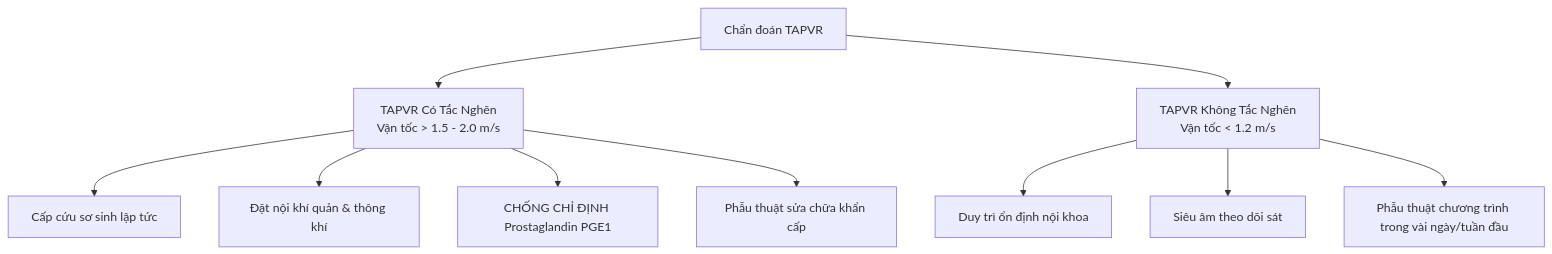
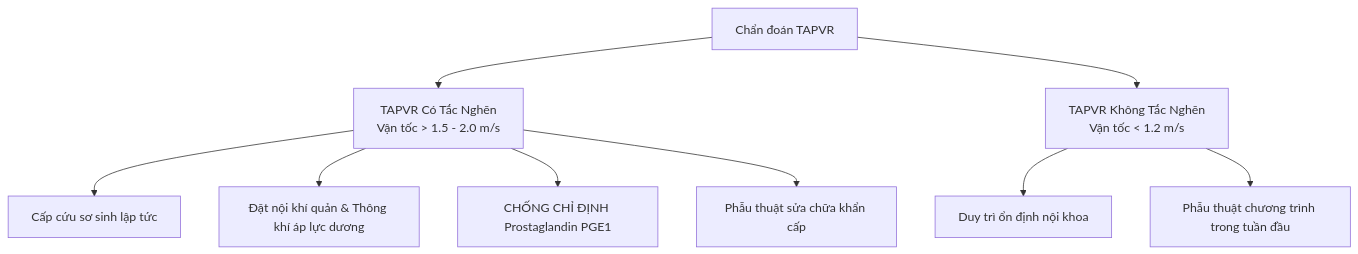
The diagram in docs/04-sieu-am-san-khoa/04-bat-thuong-hoi-luu-tinh-mach-phoi.mdx (MedPocket/ultraso), drawn with Mermaid before and after one commit. The commit also changed other lines of this file and 10 other files, not shown here.

````diff
--- a/docs/04-sieu-am-san-khoa/04-bat-thuong-hoi-luu-tinh-mach-phoi.mdx
+++ b/docs/04-sieu-am-san-khoa/04-bat-thuong-hoi-luu-tinh-mach-phoi.mdx
@@ -202,14 +70,13 @@
 ```mermaid
 flowchart TD
-    Diagnosis[Chẩn đoán TAPVR] --> Obstructed[TAPVR Có Tắc Nghẽn<br/>Vận tốc > 1.5 - 2.0 m/s]
-    Diagnosis --> Unobstructed[TAPVR Không Tắc Nghẽn<br/>Vận tốc < 1.2 m/s]
+  Diagnosis[Chẩn đoán TAPVR] --> Obstructed[TAPVR Có Tắc Nghẽn<br/>Vận tốc > 1.5 - 2.0 m/s]
+  Diagnosis --> Unobstructed[TAPVR Không Tắc Nghẽn<br/>Vận tốc < 1.2 m/s]
 
-    Obstructed --> ObsAction1[Cấp cứu sơ sinh lập tức]
-    Obstructed --> ObsAction2[Đặt nội khí quản & thông khí]
-    Obstructed --> ObsAction3[CHỐNG CHỈ ĐỊNH Prostaglandin PGE1]
-    Obstructed --> ObsAction4[Phẫu thuật sửa chữa khẩn cấp]
+  Obstructed --> ObsAction1[Cấp cứu sơ sinh lập tức]
+  Obstructed --> ObsAction2[Đặt nội khí quản & Thông khí áp lực dương]
+  Obstructed --> ObsAction3[CHỐNG CHỈ ĐỊNH Prostaglandin PGE1]
+  Obstructed --> ObsAction4[Phẫu thuật sửa chữa khẩn cấp]
 
-    Unobstructed --> UnobsAction1[Duy trì ổn định nội khoa]
-    Unobstructed --> UnobsAction2[Siêu âm theo dõi sát]
-    Unobstructed --> UnobsAction3[Phẫu thuật chương trình trong vài ngày/tuần đầu]
+  Unobstructed --> UnobsAction1[Duy trì ổn định nội khoa]
+  Unobstructed --> UnobsAction2[Phẫu thuật chương trình trong tuần đầu]
 ```
````
